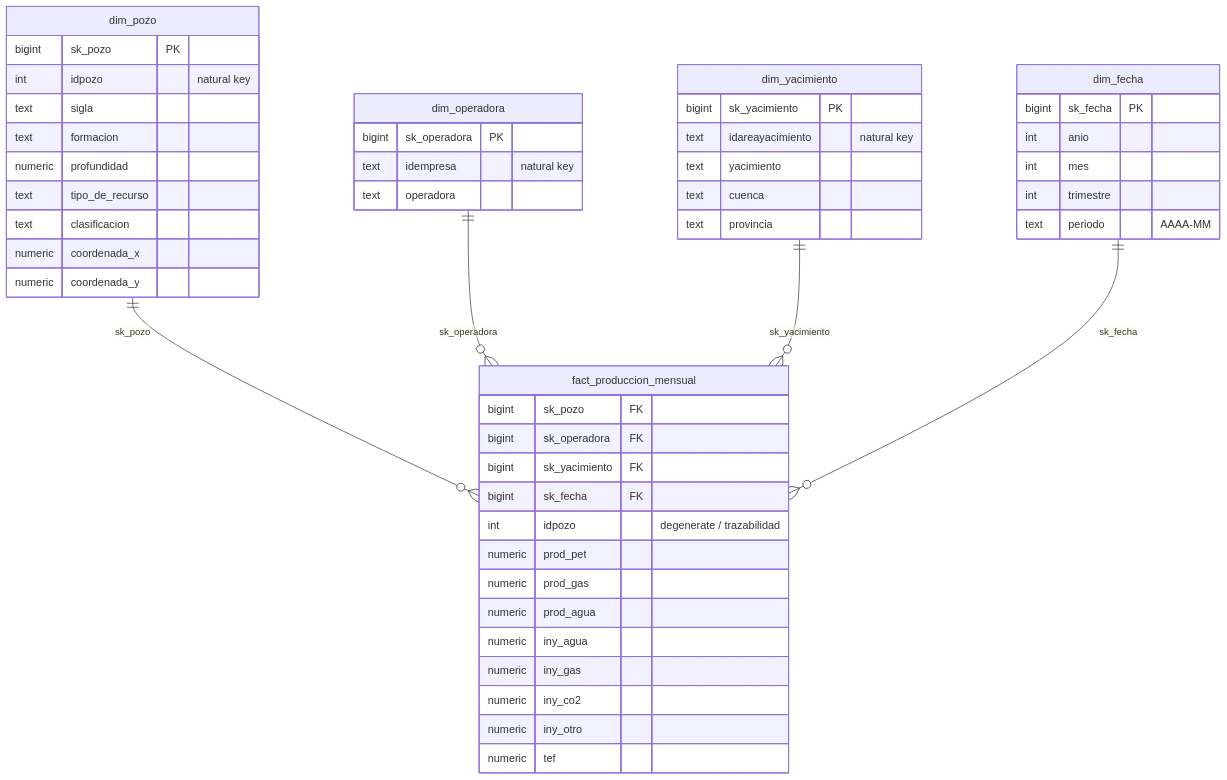
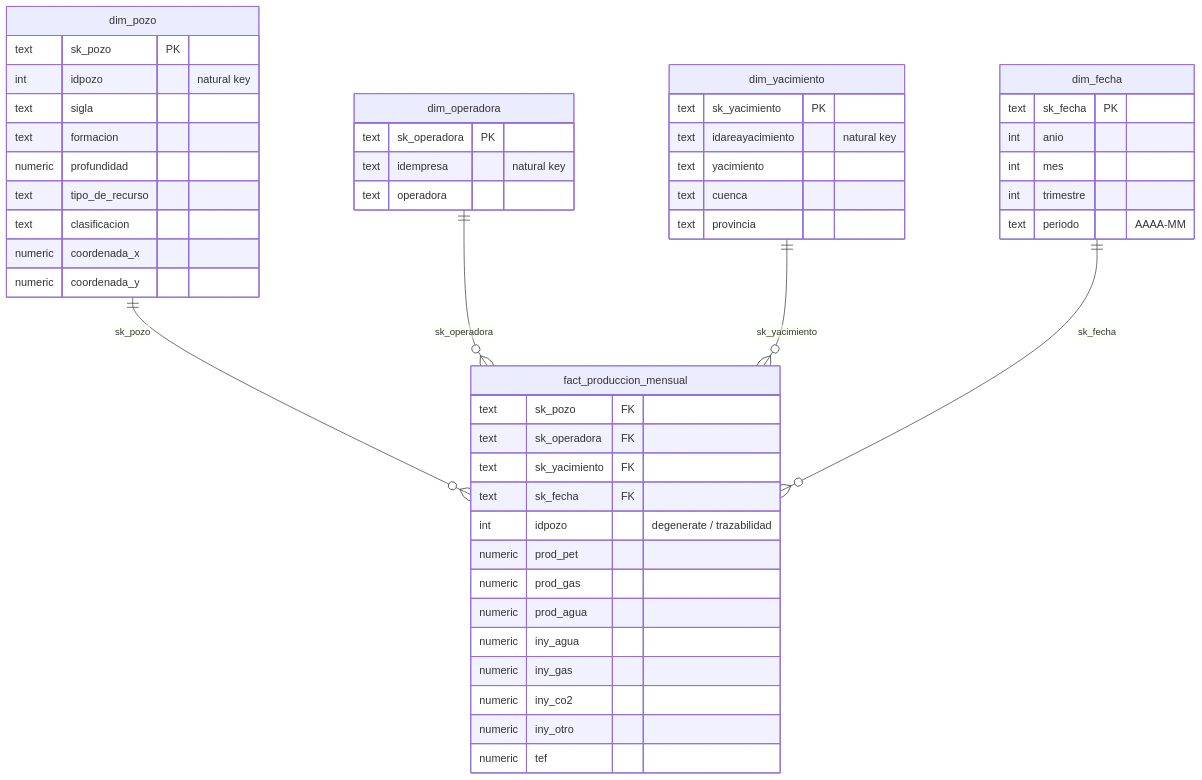
Before and after one commit to tommycass/oil-production-forecasting-platform: the diagram in docs/data-model.md, drawn with Mermaid. The commit also changed other lines of this file and 1 other file, not shown here.

Commit message:
docs(modelo): corregir nombres reales de tablas Silver y tipo de surrogate keys (text/hash, no bigint)

````diff
--- a/docs/data-model.md
+++ b/docs/data-model.md
@@ -32,53 +32,53 @@
 ```mermaid
 erDiagram
     dim_pozo        ||--o{ fact_produccion_mensual : "sk_pozo"
     dim_operadora   ||--o{ fact_produccion_mensual : "sk_operadora"
     dim_yacimiento  ||--o{ fact_produccion_mensual : "sk_yacimiento"
     dim_fecha       ||--o{ fact_produccion_mensual : "sk_fecha"
 
     fact_produccion_mensual {
-        bigint  sk_pozo FK
-        bigint  sk_operadora FK
-        bigint  sk_yacimiento FK
-        bigint  sk_fecha FK
+        text    sk_pozo FK
+        text    sk_operadora FK
+        text    sk_yacimiento FK
+        text    sk_fecha FK
         int     idpozo "degenerate / trazabilidad"
         numeric prod_pet
         numeric prod_gas
         numeric prod_agua
         numeric iny_agua
         numeric iny_gas
         numeric iny_co2
         numeric iny_otro
         numeric tef
     }
     dim_pozo {
-        bigint  sk_pozo PK
+        text    sk_pozo PK
         int     idpozo "natural key"
         text    sigla
         text    formacion
         numeric profundidad
         text    tipo_de_recurso
         text    clasificacion
         numeric coordenada_x
         numeric coordenada_y
     }
     dim_operadora {
-        bigint  sk_operadora PK
+        text    sk_operadora PK
         text    idempresa "natural key"
         text    operadora
     }
     dim_yacimiento {
-        bigint  sk_yacimiento PK
+        text    sk_yacimiento PK
         text    idareayacimiento "natural key"
         text    yacimiento
         text    cuenca
         text    provincia
     }
     dim_fecha {
-        bigint  sk_fecha PK
+        text    sk_fecha PK
         int     anio
         int     mes
         int     trimestre
         text    periodo "AAAA-MM"
     }
 ```
````
